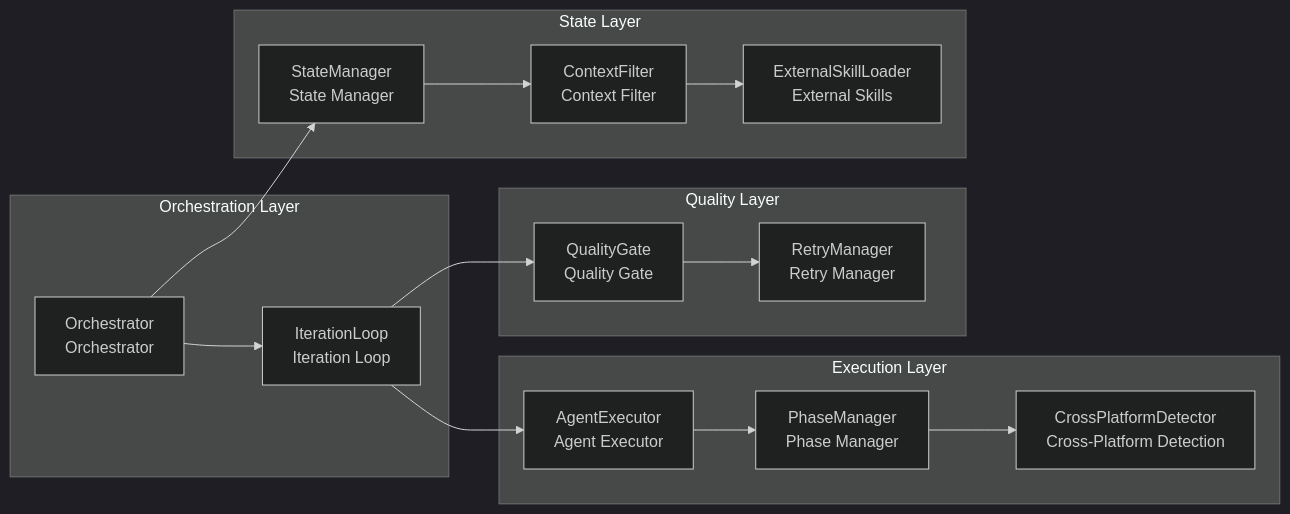
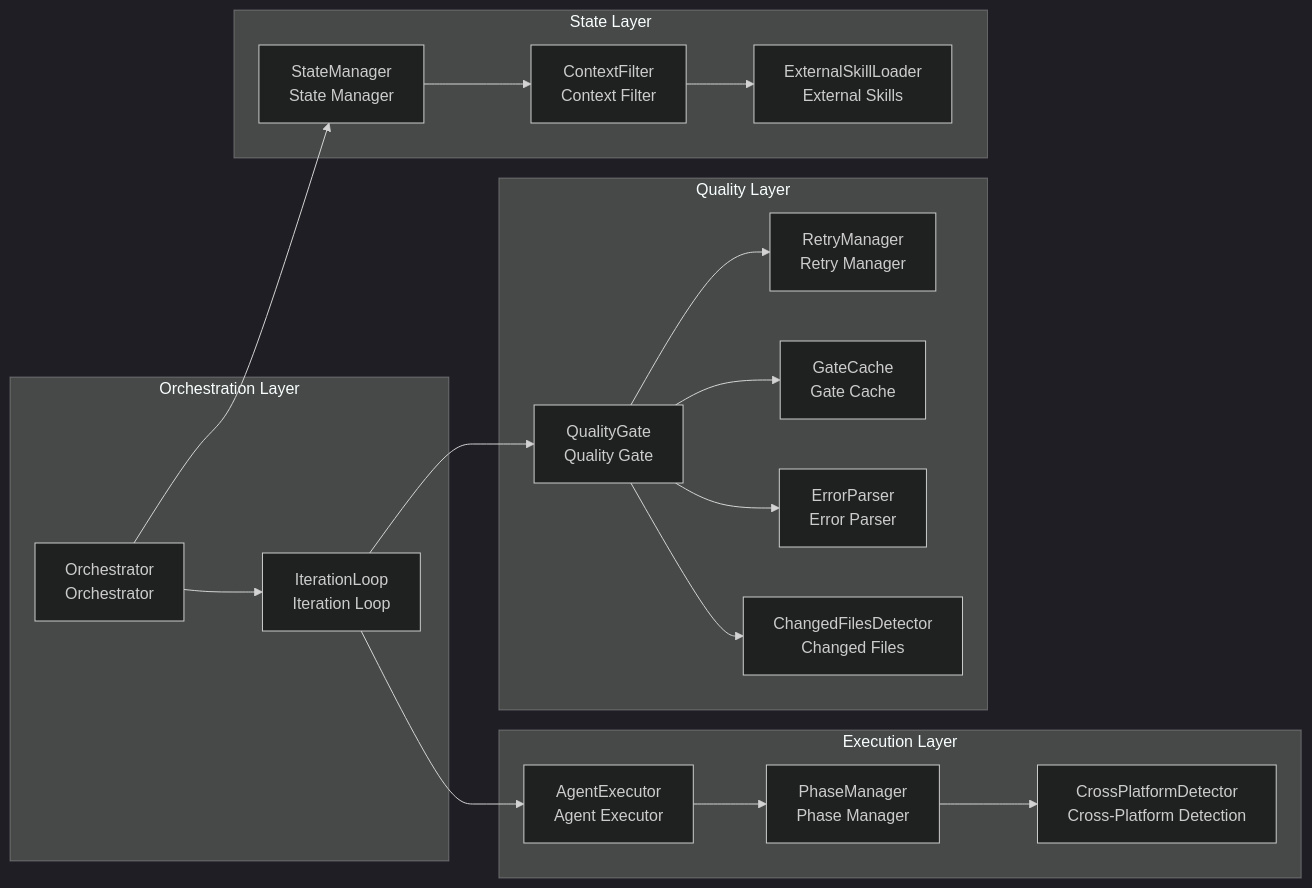
One commit to Taoidle/plan-cascade changed the second of 13 diagrams in docs/System-Architecture.md. Above: the diagram before and after it, drawn with Mermaid (dark theme). The commit also changed other lines of this file and 12 other files, not shown here.

First line of the commit message:
feat(quality-gate): add parallel execution, caching, incremental checking, and structured error parsing

````diff
--- a/docs/System-Architecture.md
+++ b/docs/System-Architecture.md
@@ -85,34 +85,40 @@
 ```mermaid
 graph LR
     subgraph "Orchestration Layer"
         O[Orchestrator<br/>Orchestrator]
         IL[IterationLoop<br/>Iteration Loop]
     end
 
     subgraph "Execution Layer"
         AE[AgentExecutor<br/>Agent Executor]
         PM[PhaseManager<br/>Phase Manager]
         CPD[CrossPlatformDetector<br/>Cross-Platform Detection]
     end
 
     subgraph "Quality Layer"
         QG[QualityGate<br/>Quality Gate]
         RM[RetryManager<br/>Retry Manager]
+        GC[GateCache<br/>Gate Cache]
+        EP[ErrorParser<br/>Error Parser]
+        CFD[ChangedFilesDetector<br/>Changed Files]
     end
 
     subgraph "State Layer"
         SM[StateManager<br/>State Manager]
         CF[ContextFilter<br/>Context Filter]
         ESL[ExternalSkillLoader<br/>External Skills]
     end
 
     O --> IL
     IL --> AE
     AE --> PM
     PM --> CPD
     IL --> QG
     QG --> RM
+    QG --> GC
+    QG --> EP
+    QG --> CFD
     O --> SM
     SM --> CF
     CF --> ESL
 ```
````
